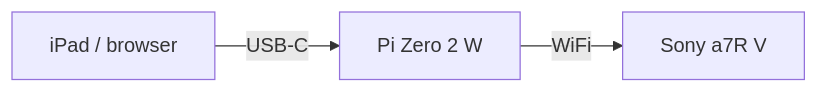
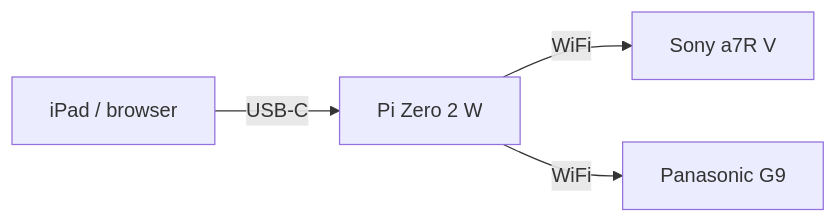
Before and after one commit to chuckbrant/cameralink: the diagram in README.md, drawn with Mermaid. The commit also changed other lines of this file, not shown here.

First line of the commit message:
Rewrite README for Panasonic support, the two-page UI, and Pi lifecycle

````diff
--- a/README.md
+++ b/README.md
@@ -9,5 +10,6 @@
 ```mermaid
 flowchart LR
     iPad["iPad / browser"] -->|USB-C| Pi["Pi Zero 2 W"]
-    Pi -->|WiFi| Camera["Sony a7R V"]
+    Pi -->|WiFi| Sony["Sony a7R V"]
+    Pi -->|WiFi| Panasonic["Panasonic G9"]
 ```
````
